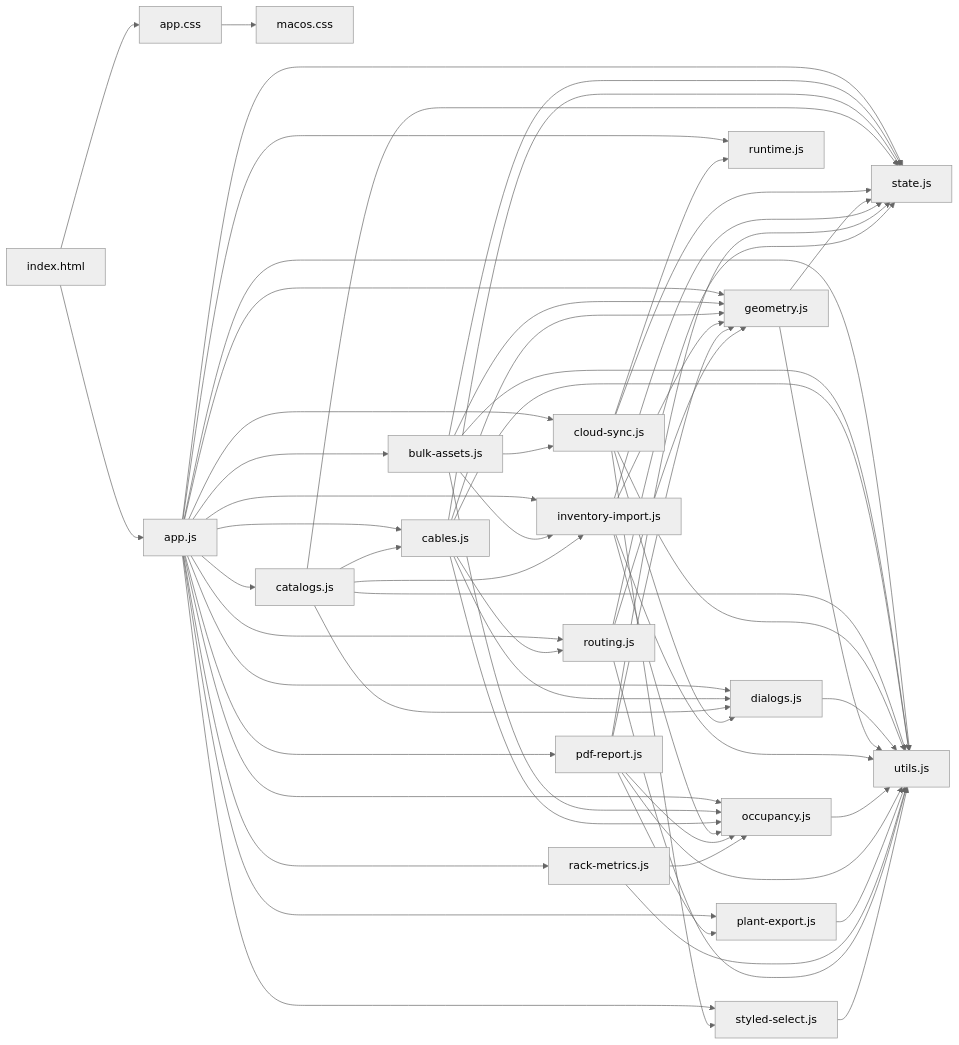
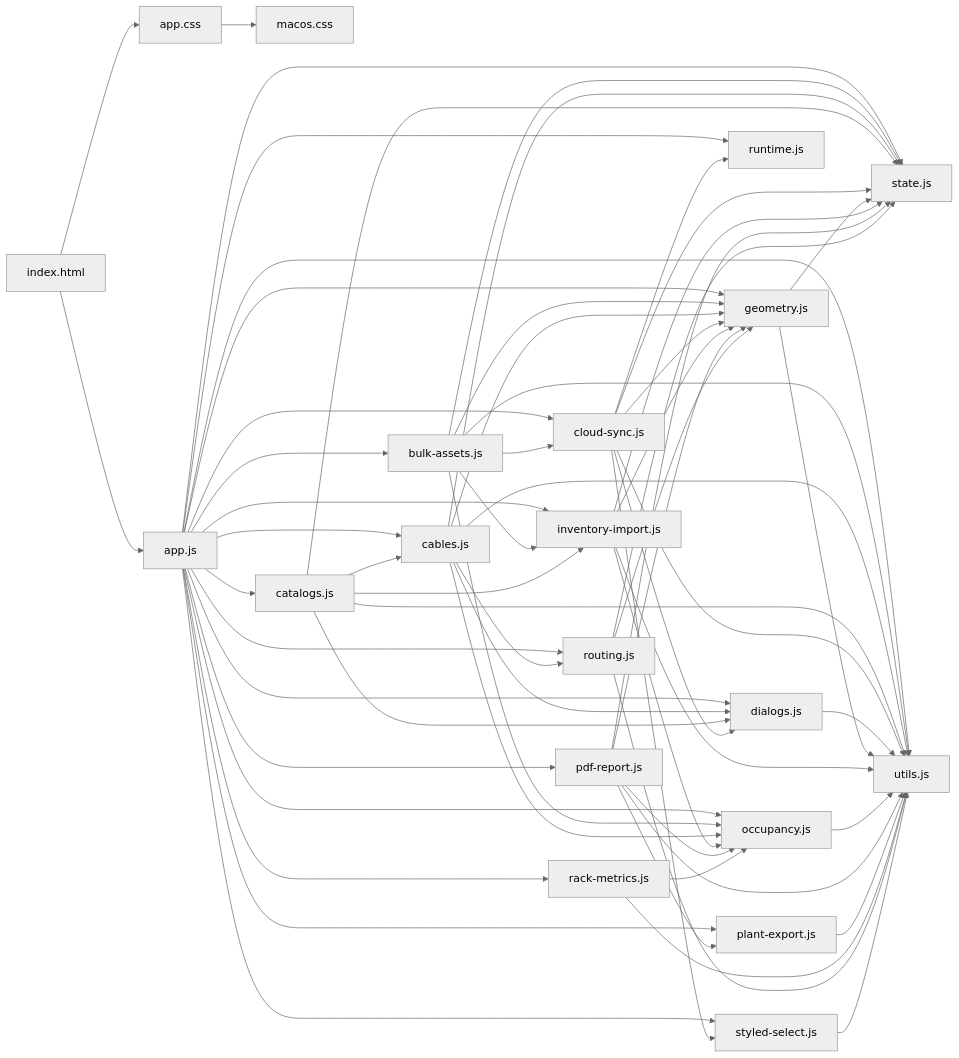
The diagram in SYSTEM-MAP.md (sqgouveia/Data-Center-Cable-Planner), drawn with Mermaid (neutral theme) before and after one commit. The commit also changed other lines of this file and 4 other files, not shown here.

````diff
--- a/SYSTEM-MAP.md
+++ b/SYSTEM-MAP.md
@@ -28,63 +28,64 @@
 ```mermaid
 graph LR
   index[index.html] --> app[app.js]
   index --> css1[app.css] --> css2[macos.css]
   app --> utils_js["utils.js"]
   app --> state_js["state.js"]
   app --> dialogs_js["dialogs.js"]
   app --> styled_select_js["styled-select.js"]
   app --> geometry_js["geometry.js"]
   app --> routing_js["routing.js"]
   app --> occupancy_js["occupancy.js"]
   app --> pdf_report_js["pdf-report.js"]
   app --> runtime_js["runtime.js"]
   app --> inventory_import_js["inventory-import.js"]
   app --> cloud_sync_js["cloud-sync.js"]
   app --> bulk_assets_js["bulk-assets.js"]
   app --> cables_js["cables.js"]
   app --> plant_export_js["plant-export.js"]
   app --> rack_metrics_js["rack-metrics.js"]
   app --> catalogs_js["catalogs.js"]
   bulk_assets_js --> utils_js["utils.js"]
   bulk_assets_js --> state_js["state.js"]
   bulk_assets_js --> occupancy_js["occupancy.js"]
   bulk_assets_js --> inventory_import_js["inventory-import.js"]
   bulk_assets_js --> cloud_sync_js["cloud-sync.js"]
   bulk_assets_js --> geometry_js["geometry.js"]
   cables_js --> utils_js["utils.js"]
   cables_js --> state_js["state.js"]
   cables_js --> dialogs_js["dialogs.js"]
   cables_js --> geometry_js["geometry.js"]
   cables_js --> routing_js["routing.js"]
   cables_js --> occupancy_js["occupancy.js"]
   catalogs_js --> utils_js["utils.js"]
   catalogs_js --> state_js["state.js"]
   catalogs_js --> dialogs_js["dialogs.js"]
   catalogs_js --> inventory_import_js["inventory-import.js"]
   catalogs_js --> cables_js["cables.js"]
   cloud_sync_js --> utils_js["utils.js"]
   cloud_sync_js --> state_js["state.js"]
   cloud_sync_js --> dialogs_js["dialogs.js"]
   cloud_sync_js --> styled_select_js["styled-select.js"]
   cloud_sync_js --> runtime_js["runtime.js"]
+  cloud_sync_js --> geometry_js["geometry.js"]
   dialogs_js --> utils_js["utils.js"]
   geometry_js --> state_js["state.js"]
   geometry_js --> utils_js["utils.js"]
   inventory_import_js --> utils_js["utils.js"]
   inventory_import_js --> state_js["state.js"]
   inventory_import_js --> occupancy_js["occupancy.js"]
   inventory_import_js --> geometry_js["geometry.js"]
   occupancy_js --> utils_js["utils.js"]
   pdf_report_js --> utils_js["utils.js"]
   pdf_report_js --> state_js["state.js"]
   pdf_report_js --> occupancy_js["occupancy.js"]
   pdf_report_js --> geometry_js["geometry.js"]
   pdf_report_js --> plant_export_js["plant-export.js"]
   plant_export_js --> utils_js["utils.js"]
   rack_metrics_js --> utils_js["utils.js"]
   rack_metrics_js --> occupancy_js["occupancy.js"]
   routing_js --> state_js["state.js"]
   routing_js --> utils_js["utils.js"]
   routing_js --> geometry_js["geometry.js"]
   styled_select_js --> utils_js["utils.js"]
 ```
````
